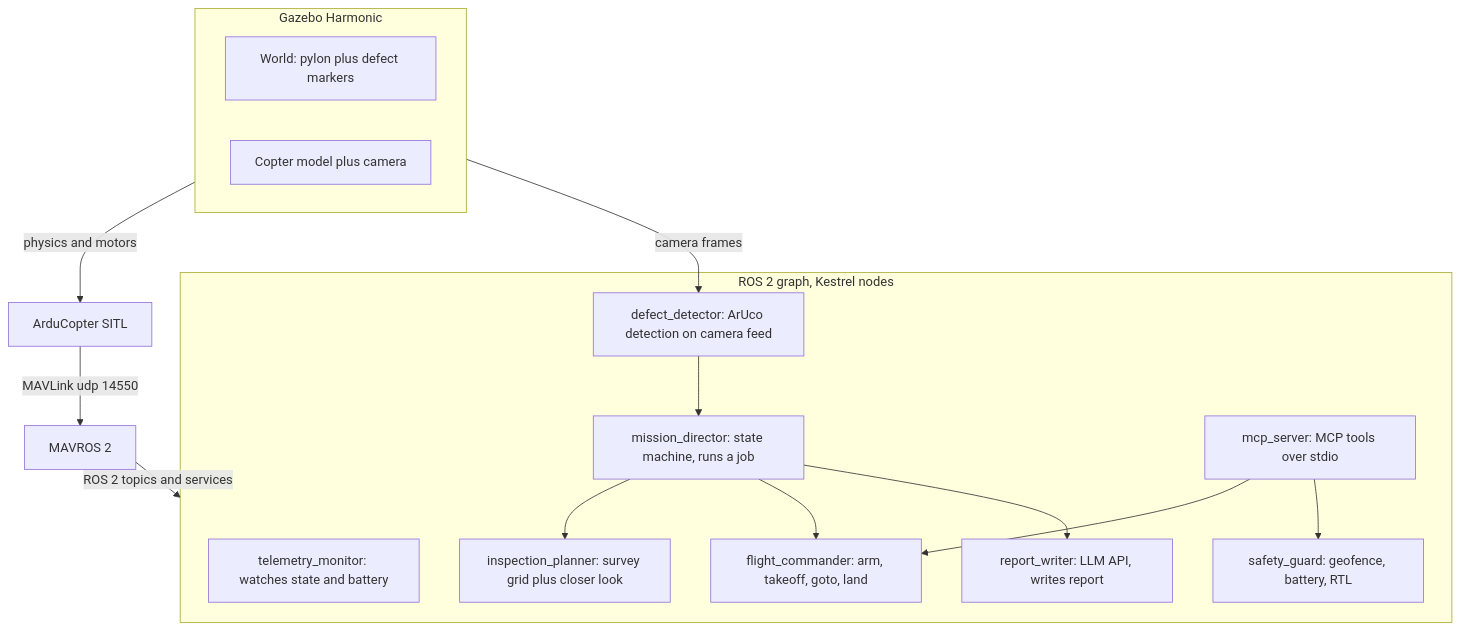
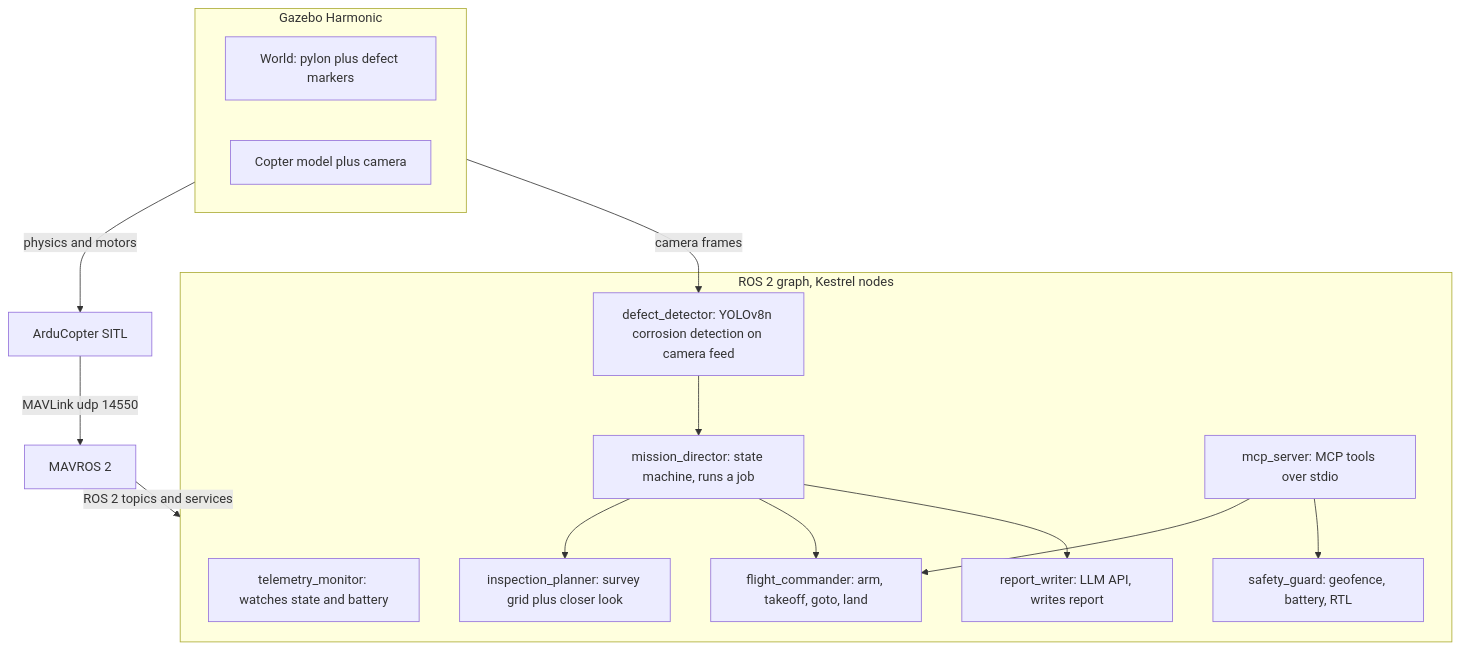
Before and after one commit to ajnieves1/Kestrel: the diagram in README.md, drawn with Mermaid. The commit also changed other lines of this file and 5 other files, not shown here.

````diff
--- a/README.md
+++ b/README.md
@@ -12,34 +13,34 @@
 ```mermaid
 flowchart TB
     subgraph sim[Gazebo Harmonic]
         world[World: pylon plus defect markers]
         copter[Copter model plus camera]
     end
 
     sitl[ArduCopter SITL]
     mavros[MAVROS 2]
 
     subgraph nodes[ROS 2 graph, Kestrel nodes]
         telemetry[telemetry_monitor: watches state and battery]
         commander[flight_commander: arm, takeoff, goto, land]
         guard[safety_guard: geofence, battery, RTL]
-        detector[defect_detector: ArUco detection on camera feed]
+        detector[defect_detector: YOLOv8n corrosion detection on camera feed]
         planner[inspection_planner: survey grid plus closer look]
         director[mission_director: state machine, runs a job]
         writer[report_writer: LLM API, writes report]
         mcp[mcp_server: MCP tools over stdio]
     end
 
 
     sim -- physics and motors --> sitl
     sim -- camera frames --> detector
     sitl -- MAVLink udp 14550 --> mavros
     mavros -- ROS 2 topics and services --> nodes
     director --> planner
     director --> commander
     detector --> director
     director --> writer
     mcp
     mcp --> commander
     mcp --> guard
 ```
````
